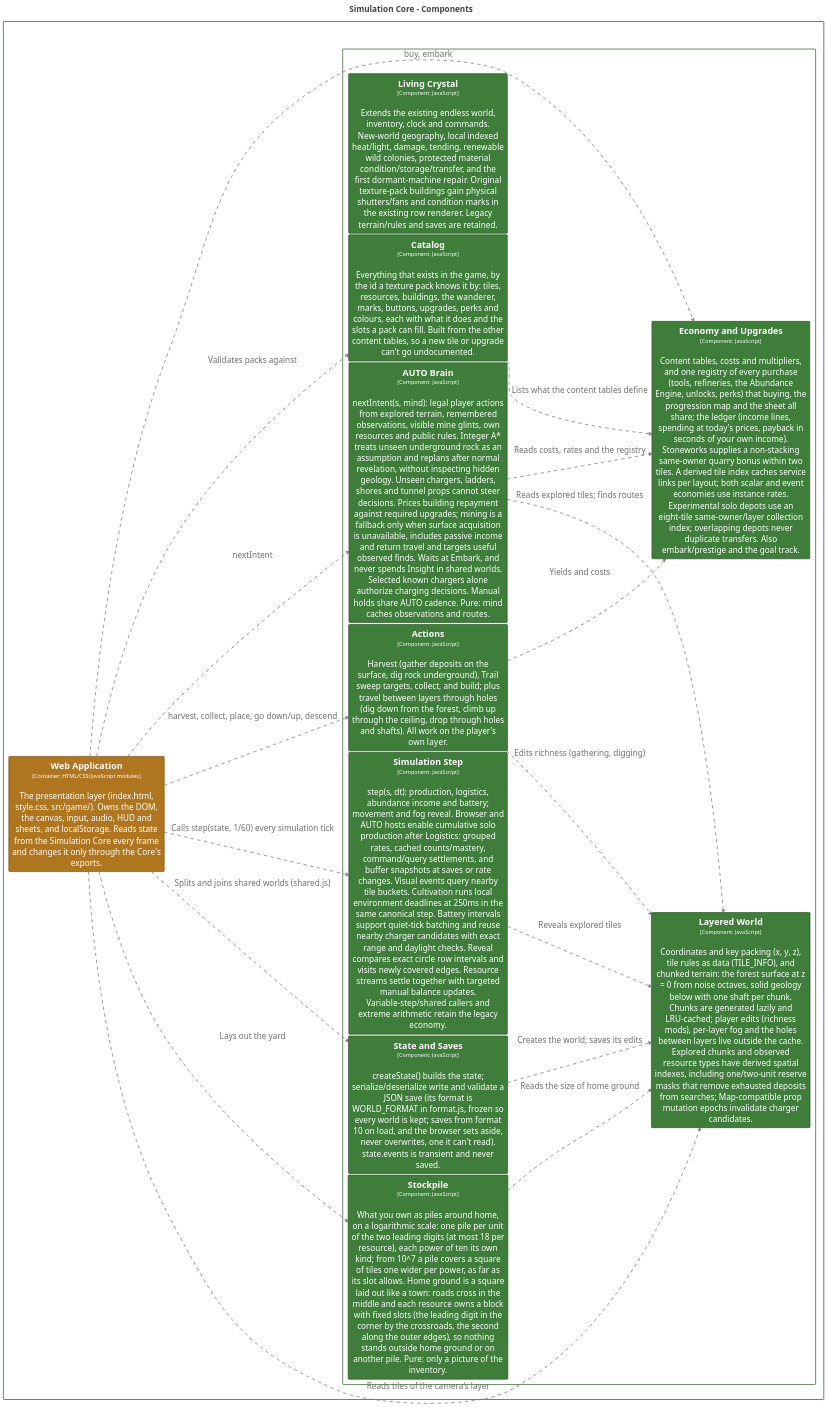
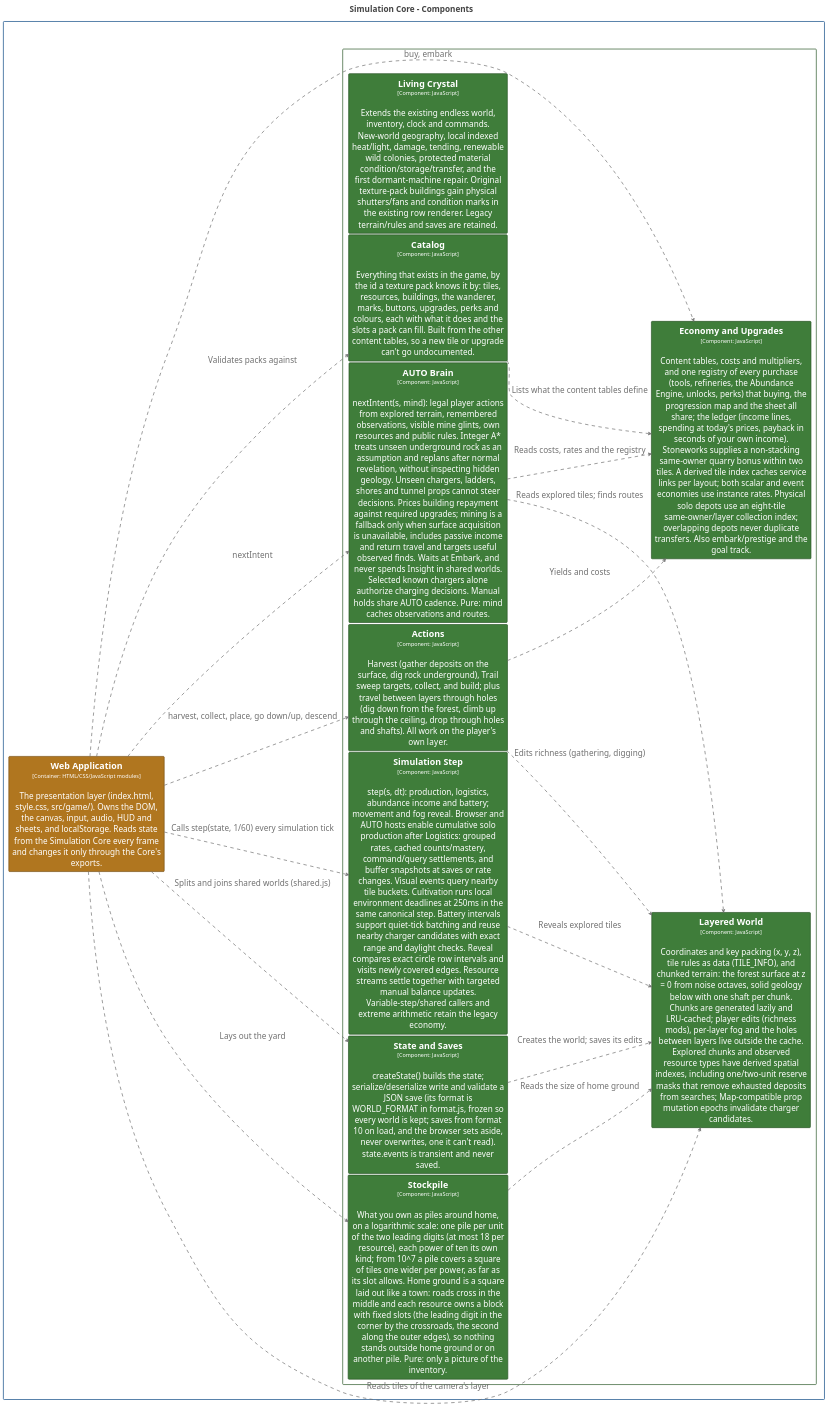
The diagram in structurizr/diagrams/CoreComponents.puml (bitkojine/more-than-enough), drawn with PlantUML before and after one commit. The commit also changed 30 other files, not shown here.

```diff
--- a/structurizr/diagrams/CoreComponents.puml
+++ b/structurizr/diagrams/CoreComponents.puml
@@ -2,105 +2,105 @@
 @startuml
 title <size:24>Simulation Core - Components</size>
 
 set separator none
 left to right direction
 skinparam ranksep 20
 skinparam nodesep 5
 hide stereotype
 
 <style>
   root {
     BackgroundColor: #ffffff;
     FontColor: #444444;
   }
   // Element,Component,Core Engine
   .Element-RWxlbWVudCxDb21wb25lbnQsQ29yZSBFbmdpbmU= {
     BackgroundColor: #3f7d3a;
     LineColor: #2c5728;
     LineStyle: 0;
     LineThickness: 2;
     FontColor: #ffffff;
     FontSize: 24;
     HorizontalAlignment: center;
     Shadowing: 0;
     MaximumWidth: 450;
   }
   // Element,Container,Presentation
   .Element-RWxlbWVudCxDb250YWluZXIsUHJlc2VudGF0aW9u {
     BackgroundColor: #b0761f;
     LineColor: #7b5215;
     LineStyle: 0;
     LineThickness: 2;
     FontColor: #ffffff;
     FontSize: 24;
     HorizontalAlignment: center;
     Shadowing: 0;
     MaximumWidth: 450;
   }
   // Relationship
   .Relationship-UmVsYXRpb25zaGlw {
     LineThickness: 2;
     LineStyle: 10-10;
     LineColor: #707070;
     FontColor: #707070;
     FontSize: 24;
     MaximumWidth: 200;
   }
   // MORE THAN ENOUGH
   .Boundary-TU9SRSBUSEFOIEVOT1VHSA== {
     BackgroundColor: #ffffff;
     LineColor: #0b4884;
     LineStyle: 0;
     LineThickness: 2;
     FontColor: #ffffff;
     FontSize: 24;
     HorizontalAlignment: center;
     Shadowing: 0;
   }
   // Simulation Core
   .Boundary-U2ltdWxhdGlvbiBDb3Jl {
     BackgroundColor: #ffffff;
     LineColor: #2c5728;
     LineStyle: 0;
     LineThickness: 2;
     FontColor: #ffffff;
     FontSize: 24;
     HorizontalAlignment: center;
     Shadowing: 0;
   }
 </style>
 
 rectangle "MORE THAN ENOUGH\n<size:16>[Software System]</size>" <<Boundary-TU9SRSBUSEFOIEVOT1VHSA==>> {
   rectangle "Simulation Core\n<size:16>[Container: JavaScript modules (browser + Node)]</size>" <<Boundary-U2ltdWxhdGlvbiBDb3Jl>> {
     rectangle "==Living Crystal\n<size:16>[Component: JavaScript]</size>\n\nExtends the existing endless world, inventory, clock and commands. New-world geography, local indexed heat/light, damage, tending, renewable wild colonies, protected material condition/storage/transfer, and the first dormant-machine repair. Original texture-pack buildings gain physical shutters/fans and condition marks in the existing row renderer. Legacy terrain/rules and saves are retained." <<Element-RWxlbWVudCxDb21wb25lbnQsQ29yZSBFbmdpbmU=>> as MORETHANENOUGH.SimulationCore.LivingCrystal
     rectangle "==Layered World\n<size:16>[Component: JavaScript]</size>\n\nCoordinates and key packing (x, y, z), tile rules as data (TILE_INFO), and chunked terrain: the forest surface at z = 0 from noise octaves, solid geology below with one shaft per chunk. Chunks are generated lazily and LRU-cached; player edits (richness mods), per-layer fog and the holes between layers live outside the cache. Explored chunks and observed resource types have derived spatial indexes, including one/two-unit reserve masks that remove exhausted deposits from searches; Map-compatible prop mutation epochs invalidate charger candidates." <<Element-RWxlbWVudCxDb21wb25lbnQsQ29yZSBFbmdpbmU=>> as MORETHANENOUGH.SimulationCore.LayeredWorld
     rectangle "==State and Saves\n<size:16>[Component: JavaScript]</size>\n\ncreateState() builds the state; serialize/deserialize write and validate a JSON save (its format is WORLD_FORMAT in format.js, frozen so every world is kept; saves from format 10 on load, and the browser sets aside, never overwrites, one it can't read). state.events is transient and never saved." <<Element-RWxlbWVudCxDb21wb25lbnQsQ29yZSBFbmdpbmU=>> as MORETHANENOUGH.SimulationCore.StateandSaves
     rectangle "==Simulation Step\n<size:16>[Component: JavaScript]</size>\n\nstep(s, dt): production, logistics, abundance income and battery; movement and fog reveal. Browser and AUTO hosts enable cumulative solo production after Logistics: grouped rates, cached counts/mastery, command/query settlements, and buffer snapshots at saves or rate changes. Visual events query nearby tile buckets. Cultivation runs local environment deadlines at 250ms in the same canonical step. Battery intervals support quiet-tick batching and reuse nearby charger candidates with exact range and daylight checks. Reveal compares exact circle row intervals and visits newly covered edges. Resource streams settle together with targeted manual balance updates. Variable-step/shared callers and extreme arithmetic retain the legacy economy." <<Element-RWxlbWVudCxDb21wb25lbnQsQ29yZSBFbmdpbmU=>> as MORETHANENOUGH.SimulationCore.SimulationStep
     rectangle "==Actions\n<size:16>[Component: JavaScript]</size>\n\nHarvest (gather deposits on the surface, dig rock underground), Trail sweep targets, collect, and build; plus travel between layers through holes (dig down from the forest, climb up through the ceiling, drop through holes and shafts). All work on the player's own layer." <<Element-RWxlbWVudCxDb21wb25lbnQsQ29yZSBFbmdpbmU=>> as MORETHANENOUGH.SimulationCore.Actions
     rectangle "==AUTO Brain\n<size:16>[Component: JavaScript]</size>\n\nnextIntent(s, mind): legal player actions from explored terrain, remembered observations, visible mine glints, own resources and public rules. Integer A* treats unseen underground rock as an assumption and replans after normal revelation, without inspecting hidden geology. Unseen chargers, ladders, shores and tunnel props cannot steer decisions. Prices building repayment against required upgrades; mining is a fallback only when surface acquisition is unavailable, includes passive income and return travel and targets useful observed finds. Waits at Embark, and never spends Insight in shared worlds. Selected known chargers alone authorize charging decisions. Manual holds share AUTO cadence. Pure: mind caches observations and routes." <<Element-RWxlbWVudCxDb21wb25lbnQsQ29yZSBFbmdpbmU=>> as MORETHANENOUGH.SimulationCore.AUTOBrain
     rectangle "==Stockpile\n<size:16>[Component: JavaScript]</size>\n\nWhat you own as piles around home, on a logarithmic scale: one pile per unit of the two leading digits (at most 18 per resource), each power of ten its own kind; from 10^7 a pile covers a square of tiles one wider per power, as far as its slot allows. Home ground is a square laid out like a town: roads cross in the middle and each resource owns a block with fixed slots (the leading digit in the corner by the crossroads, the second along the outer edges), so nothing stands outside home ground or on another pile. Pure: only a picture of the inventory." <<Element-RWxlbWVudCxDb21wb25lbnQsQ29yZSBFbmdpbmU=>> as MORETHANENOUGH.SimulationCore.Stockpile
     rectangle "==Catalog\n<size:16>[Component: JavaScript]</size>\n\nEverything that exists in the game, by the id a texture pack knows it by: tiles, resources, buildings, the wanderer, marks, buttons, upgrades, perks and colours, each with what it does and the slots a pack can fill. Built from the other content tables, so a new tile or upgrade can't go undocumented." <<Element-RWxlbWVudCxDb21wb25lbnQsQ29yZSBFbmdpbmU=>> as MORETHANENOUGH.SimulationCore.Catalog
-    rectangle "==Economy and Upgrades\n<size:16>[Component: JavaScript]</size>\n\nContent tables, costs and multipliers, and one registry of every purchase (tools, refineries, the Abundance Engine, unlocks, perks) that buying, the progression map and the sheet all share; the ledger (income lines, spending at today's prices, payback in seconds of your own income). Stoneworks supplies a non-stacking same-owner quarry bonus within two tiles. A derived tile index caches service links per layout; both scalar and event economies use instance rates. Experimental solo depots use an eight-tile same-owner/layer collection index; overlapping depots never duplicate transfers. Also embark/prestige and the goal track." <<Element-RWxlbWVudCxDb21wb25lbnQsQ29yZSBFbmdpbmU=>> as MORETHANENOUGH.SimulationCore.EconomyandUpgrades
+    rectangle "==Economy and Upgrades\n<size:16>[Component: JavaScript]</size>\n\nContent tables, costs and multipliers, and one registry of every purchase (tools, refineries, the Abundance Engine, unlocks, perks) that buying, the progression map and the sheet all share; the ledger (income lines, spending at today's prices, payback in seconds of your own income). Stoneworks supplies a non-stacking same-owner quarry bonus within two tiles. A derived tile index caches service links per layout; both scalar and event economies use instance rates. Physical solo depots use an eight-tile same-owner/layer collection index; overlapping depots never duplicate transfers. Also embark/prestige and the goal track." <<Element-RWxlbWVudCxDb21wb25lbnQsQ29yZSBFbmdpbmU=>> as MORETHANENOUGH.SimulationCore.EconomyandUpgrades
   }
 
   rectangle "==Web Application\n<size:16>[Container: HTML/CSS/JavaScript modules]</size>\n\nThe presentation layer (index.html, style.css, src/game/). Owns the DOM, the canvas, input, audio, HUD and sheets, and localStorage. Reads state from the Simulation Core every frame and changes it only through the Core's exports." <<Element-RWxlbWVudCxDb250YWluZXIsUHJlc2VudGF0aW9u>> as MORETHANENOUGH.WebApplication
 }
 
 MORETHANENOUGH.WebApplication --> MORETHANENOUGH.SimulationCore.Stockpile <<Relationship-UmVsYXRpb25zaGlw>> : "Lays out the yard"
 MORETHANENOUGH.SimulationCore.Stockpile --> MORETHANENOUGH.SimulationCore.LayeredWorld <<Relationship-UmVsYXRpb25zaGlw>> : "Reads the size of home ground"
 MORETHANENOUGH.WebApplication --> MORETHANENOUGH.SimulationCore.Catalog <<Relationship-UmVsYXRpb25zaGlw>> : "Validates packs against"
 MORETHANENOUGH.SimulationCore.Catalog --> MORETHANENOUGH.SimulationCore.EconomyandUpgrades <<Relationship-UmVsYXRpb25zaGlw>> : "Lists what the content tables define"
 MORETHANENOUGH.SimulationCore.SimulationStep --> MORETHANENOUGH.SimulationCore.LayeredWorld <<Relationship-UmVsYXRpb25zaGlw>> : "Reveals explored tiles"
 MORETHANENOUGH.SimulationCore.Actions --> MORETHANENOUGH.SimulationCore.LayeredWorld <<Relationship-UmVsYXRpb25zaGlw>> : "Edits richness (gathering, digging)"
 MORETHANENOUGH.SimulationCore.Actions --> MORETHANENOUGH.SimulationCore.EconomyandUpgrades <<Relationship-UmVsYXRpb25zaGlw>> : "Yields and costs"
 MORETHANENOUGH.SimulationCore.StateandSaves --> MORETHANENOUGH.SimulationCore.LayeredWorld <<Relationship-UmVsYXRpb25zaGlw>> : "Creates the world; saves its edits"
 MORETHANENOUGH.WebApplication --> MORETHANENOUGH.SimulationCore.StateandSaves <<Relationship-UmVsYXRpb25zaGlw>> : "Splits and joins shared worlds (shared.js)"
 MORETHANENOUGH.WebApplication --> MORETHANENOUGH.SimulationCore.AUTOBrain <<Relationship-UmVsYXRpb25zaGlw>> : "nextIntent"
 MORETHANENOUGH.SimulationCore.AUTOBrain --> MORETHANENOUGH.SimulationCore.LayeredWorld <<Relationship-UmVsYXRpb25zaGlw>> : "Reads explored tiles; finds routes"
 MORETHANENOUGH.SimulationCore.AUTOBrain --> MORETHANENOUGH.SimulationCore.EconomyandUpgrades <<Relationship-UmVsYXRpb25zaGlw>> : "Reads costs, rates and the registry"
 MORETHANENOUGH.WebApplication --> MORETHANENOUGH.SimulationCore.SimulationStep <<Relationship-UmVsYXRpb25zaGlw>> : "Calls step(state, 1/60) every simulation tick"
 MORETHANENOUGH.WebApplication --> MORETHANENOUGH.SimulationCore.Actions <<Relationship-UmVsYXRpb25zaGlw>> : "harvest, collect, place, go down/up, descend"
 MORETHANENOUGH.WebApplication --> MORETHANENOUGH.SimulationCore.EconomyandUpgrades <<Relationship-UmVsYXRpb25zaGlw>> : "buy, embark"
 MORETHANENOUGH.WebApplication --> MORETHANENOUGH.SimulationCore.LayeredWorld <<Relationship-UmVsYXRpb25zaGlw>> : "Reads tiles of the camera's layer"
 
 @enduml
```
